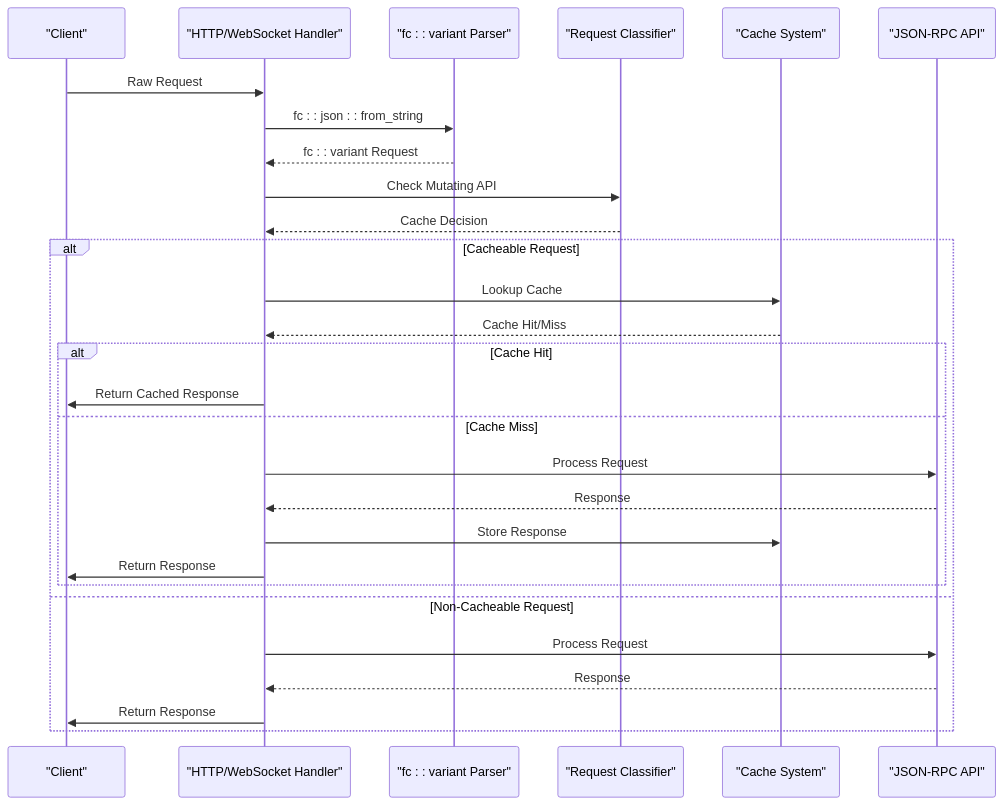
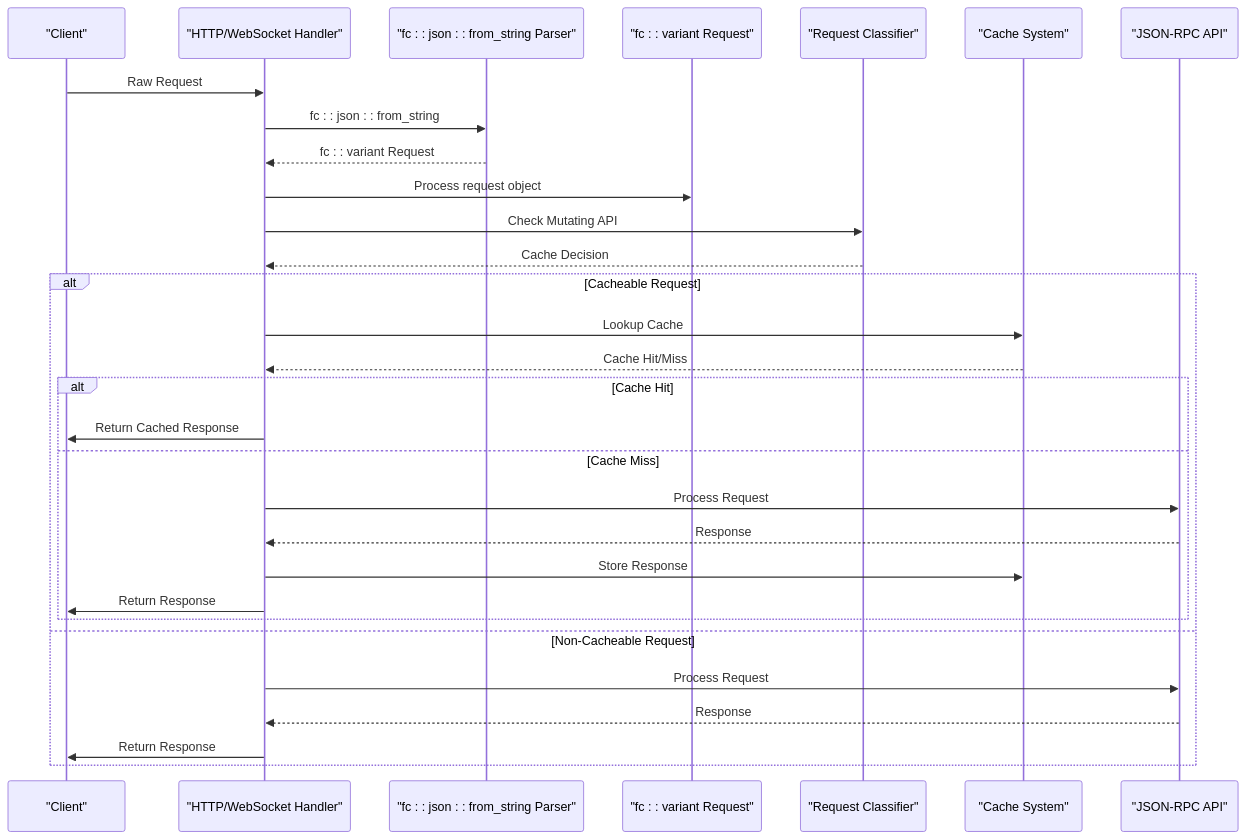
Before and after one commit to VIZ-Blockchain/viz-cpp-node: the seventh of 12 diagrams in .qoder/repowiki/en/content/Webserver Plugin.md, drawn with Mermaid. The commit also changed other lines of this file and 3 other files, not shown here.

First line of the commit message:
feat(webserver): improve JSON-RPC caching with fc::variant-based parsing

````diff
--- a/.qoder/repowiki/en/content/Webserver Plugin.md
+++ b/.qoder/repowiki/en/content/Webserver Plugin.md
@@ -288,30 +304,32 @@
 ```mermaid
 sequenceDiagram
 participant Client as "Client"
 participant Handler as "HTTP/WebSocket Handler"
-participant Parser as "fc : : variant Parser"
+participant Parser as "fc : : json : : from_string Parser"
+participant Variant as "fc : : variant Request"
 participant Classifier as "Request Classifier"
 participant Cache as "Cache System"
 participant API as "JSON-RPC API"
 Client->>Handler : Raw Request
 Handler->>Parser : fc : : json : : from_string
 Parser-->>Handler : fc : : variant Request
+Handler->>Variant : Process request object
 Handler->>Classifier : Check Mutating API
 Classifier-->>Handler : Cache Decision
 alt Cacheable Request
 Handler->>Cache : Lookup Cache
 Cache-->>Handler : Cache Hit/Miss
 alt Cache Hit
 Handler->>Client : Return Cached Response
 else Cache Miss
 Handler->>API : Process Request
 API-->>Handler : Response
 Handler->>Cache : Store Response
 Handler->>Client : Return Response
 end
 else Non-Cacheable Request
 Handler->>API : Process Request
 API-->>Handler : Response
 Handler->>Client : Return Response
 end
 ```
````
